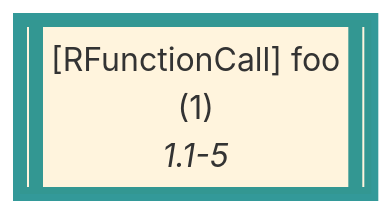
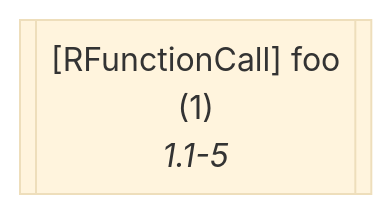
Diagram 12 of 51 in wiki/Dataflow Graph.md (flowr-analysis/flowr), drawn with Mermaid (base theme) before and after one commit. The commit also changed other lines of this file and 339 other files, not shown here.

````diff
--- a/wiki/Dataflow Graph.md
+++ b/wiki/Dataflow Graph.md
@@ -1173,7 +1283,6 @@
 ```mermaid
 flowchart LR
     1[["`#91;RFunctionCall#93; foo
       (1)
       *1.1-5*`"]]
-    style 1 stroke:teal,stroke-width:7px,stroke-opacity:.8;
 ```
````
